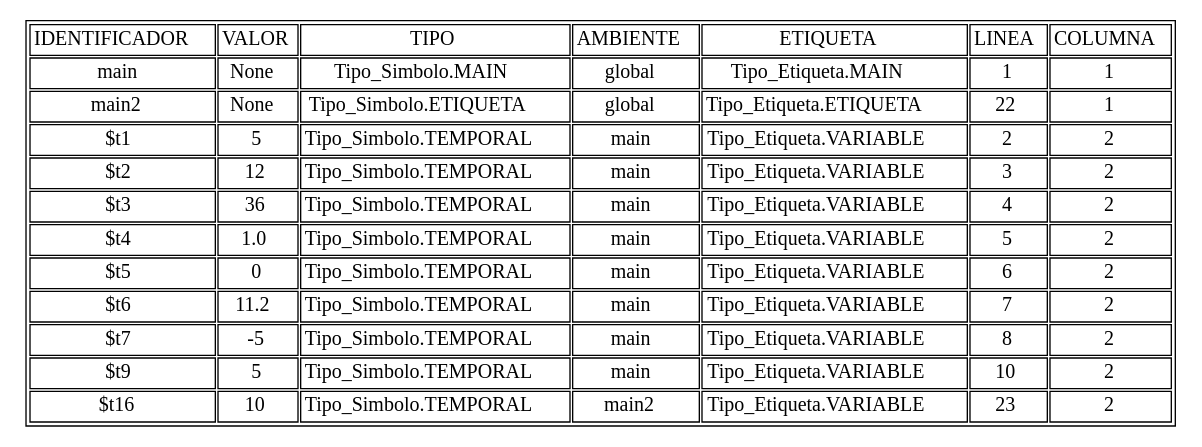
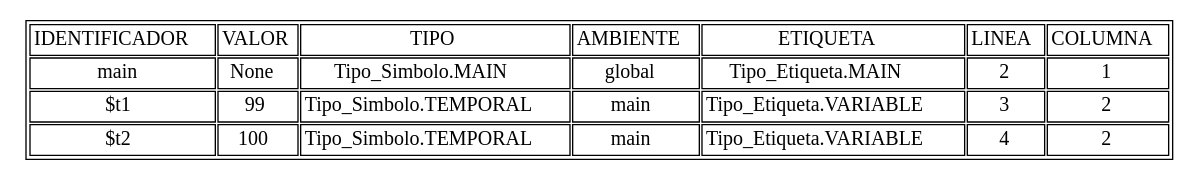
One commit to AndreeAvalos/OLC2-AUGUS changed the diagram in tablasimbolos.dot. Above: the diagram before and after it, drawn with Graphviz. The commit also changed 11 other files, not shown here.

```diff
--- a/tablasimbolos.dot
+++ b/tablasimbolos.dot
@@ -1,19 +1,11 @@
 digraph tabla{
 graph [ratio=fill];node [label="\N", fontsize=15, shape=plaintext];
 graph [bb="0,0,352,154"];
 arset [label=<<TABLE ALIGN="LEFT">
 <TR><TD>IDENTIFICADOR</TD><TD>VALOR</TD><TD>TIPO</TD><TD>AMBIENTE</TD><TD>ETIQUETA</TD><TD>LINEA</TD><TD>COLUMNA</TD></TR>
-<TR><TD>main</TD><TD>None</TD><TD>Tipo_Simbolo.MAIN</TD><TD>global</TD><TD>Tipo_Etiqueta.MAIN</TD><TD>1</TD><TD>1</TD></TR>
-<TR><TD>main2</TD><TD>None</TD><TD>Tipo_Simbolo.ETIQUETA</TD><TD>global</TD><TD>Tipo_Etiqueta.ETIQUETA</TD><TD>22</TD><TD>1</TD></TR>
-<TR><TD>$t1</TD><TD>5</TD><TD>Tipo_Simbolo.TEMPORAL</TD><TD>main</TD><TD>Tipo_Etiqueta.VARIABLE</TD><TD>2</TD><TD>2</TD></TR>
-<TR><TD>$t2</TD><TD>12</TD><TD>Tipo_Simbolo.TEMPORAL</TD><TD>main</TD><TD>Tipo_Etiqueta.VARIABLE</TD><TD>3</TD><TD>2</TD></TR>
-<TR><TD>$t3</TD><TD>36</TD><TD>Tipo_Simbolo.TEMPORAL</TD><TD>main</TD><TD>Tipo_Etiqueta.VARIABLE</TD><TD>4</TD><TD>2</TD></TR>
-<TR><TD>$t4</TD><TD>1.0</TD><TD>Tipo_Simbolo.TEMPORAL</TD><TD>main</TD><TD>Tipo_Etiqueta.VARIABLE</TD><TD>5</TD><TD>2</TD></TR>
-<TR><TD>$t5</TD><TD>0</TD><TD>Tipo_Simbolo.TEMPORAL</TD><TD>main</TD><TD>Tipo_Etiqueta.VARIABLE</TD><TD>6</TD><TD>2</TD></TR>
-<TR><TD>$t6</TD><TD>11.2</TD><TD>Tipo_Simbolo.TEMPORAL</TD><TD>main</TD><TD>Tipo_Etiqueta.VARIABLE</TD><TD>7</TD><TD>2</TD></TR>
-<TR><TD>$t7</TD><TD>-5</TD><TD>Tipo_Simbolo.TEMPORAL</TD><TD>main</TD><TD>Tipo_Etiqueta.VARIABLE</TD><TD>8</TD><TD>2</TD></TR>
-<TR><TD>$t9</TD><TD>5</TD><TD>Tipo_Simbolo.TEMPORAL</TD><TD>main</TD><TD>Tipo_Etiqueta.VARIABLE</TD><TD>10</TD><TD>2</TD></TR>
-<TR><TD>$t16</TD><TD>10</TD><TD>Tipo_Simbolo.TEMPORAL</TD><TD>main2</TD><TD>Tipo_Etiqueta.VARIABLE</TD><TD>23</TD><TD>2</TD></TR>
+<TR><TD>main</TD><TD>None</TD><TD>Tipo_Simbolo.MAIN</TD><TD>global</TD><TD>Tipo_Etiqueta.MAIN</TD><TD>2</TD><TD>1</TD></TR>
+<TR><TD>$t1</TD><TD>99</TD><TD>Tipo_Simbolo.TEMPORAL</TD><TD>main</TD><TD>Tipo_Etiqueta.VARIABLE</TD><TD>3</TD><TD>2</TD></TR>
+<TR><TD>$t2</TD><TD>100</TD><TD>Tipo_Simbolo.TEMPORAL</TD><TD>main</TD><TD>Tipo_Etiqueta.VARIABLE</TD><TD>4</TD><TD>2</TD></TR>
 </TABLE>
 >, ];
 }
```
